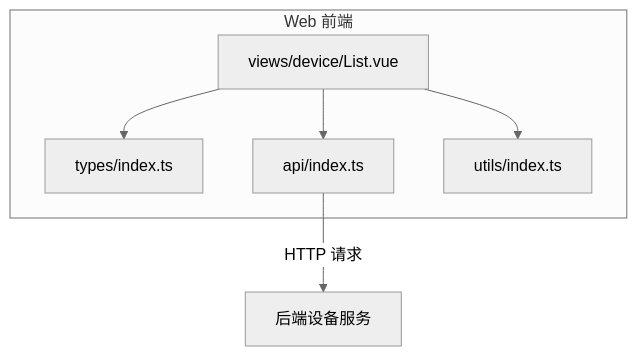
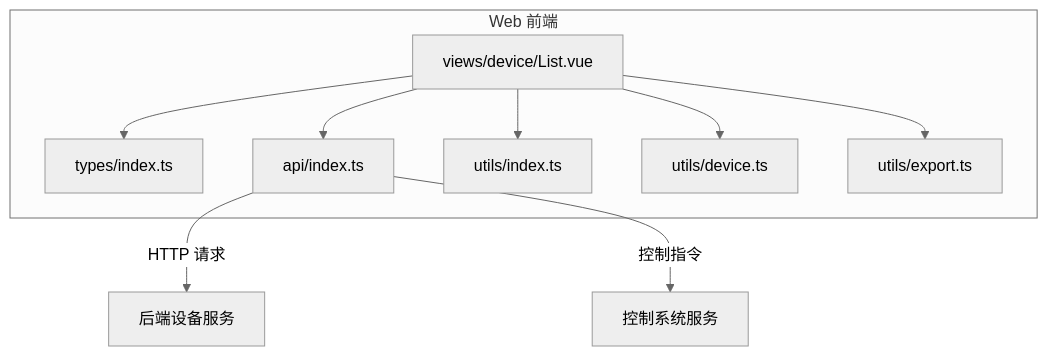
One commit to q446328246/agri-platform changed the first of 9 diagrams in .qoder/repowiki/zh/content/前端应用文档/核心页面/设备监控页面/设备列表页面.md. Above: the diagram before and after it, drawn with Mermaid (neutral theme). The commit also changed other lines of this file and 39 other files, not shown here.

````diff
--- a/.qoder/repowiki/zh/content/前端应用文档/核心页面/设备监控页面/设备列表页面.md
+++ b/.qoder/repowiki/zh/content/前端应用文档/核心页面/设备监控页面/设备列表页面.md
@@ -41,13 +55,18 @@
 ```mermaid
 graph TB
 subgraph "Web 前端"
 L["views/device/List.vue"]
 T["types/index.ts"]
 A["api/index.ts"]
 U["utils/index.ts"]
+D["utils/device.ts"]
+E["utils/export.ts"]
 end
 L --> A
 L --> T
 L --> U
+L --> D
+L --> E
 A --> |"HTTP 请求"| B["后端设备服务"]
+A --> |"控制指令"| C["控制系统服务"]
 ```
````
